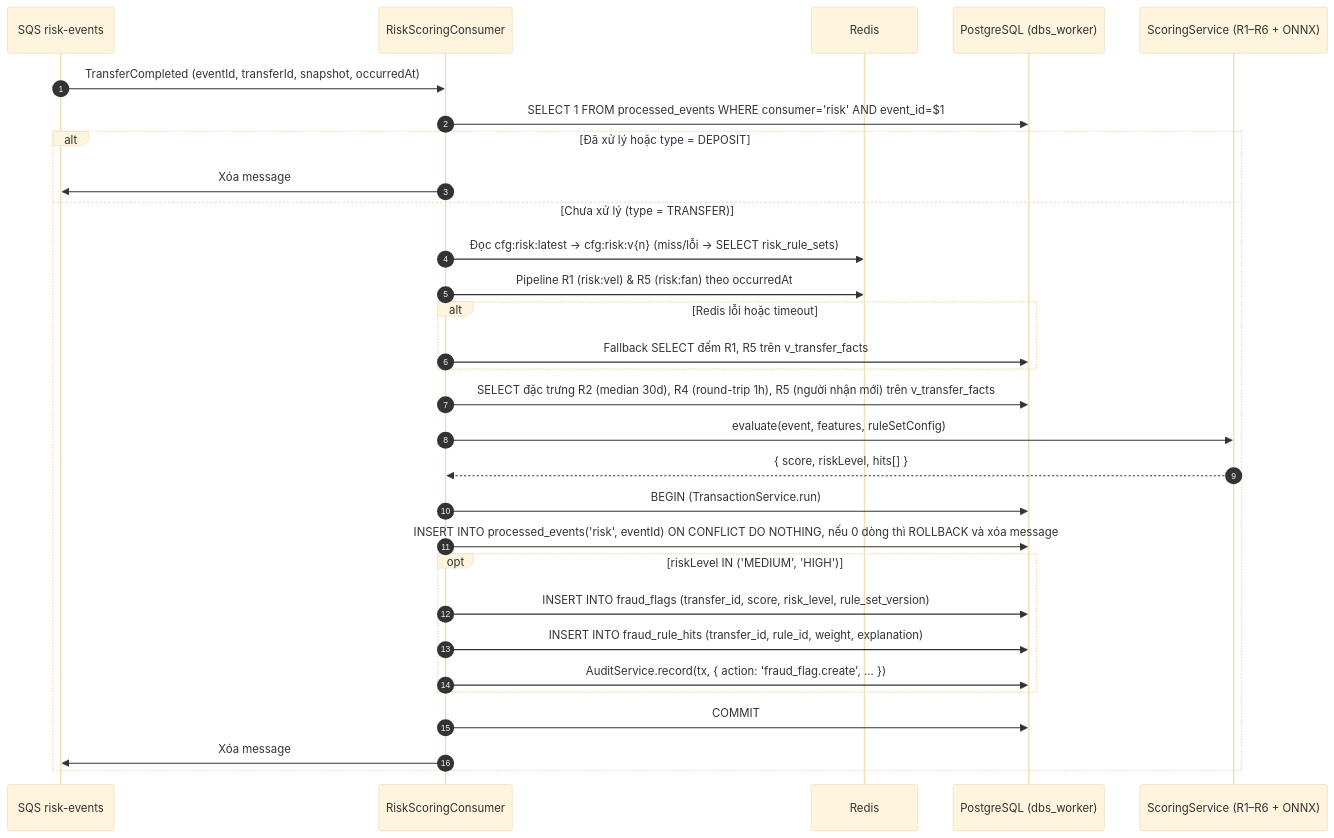
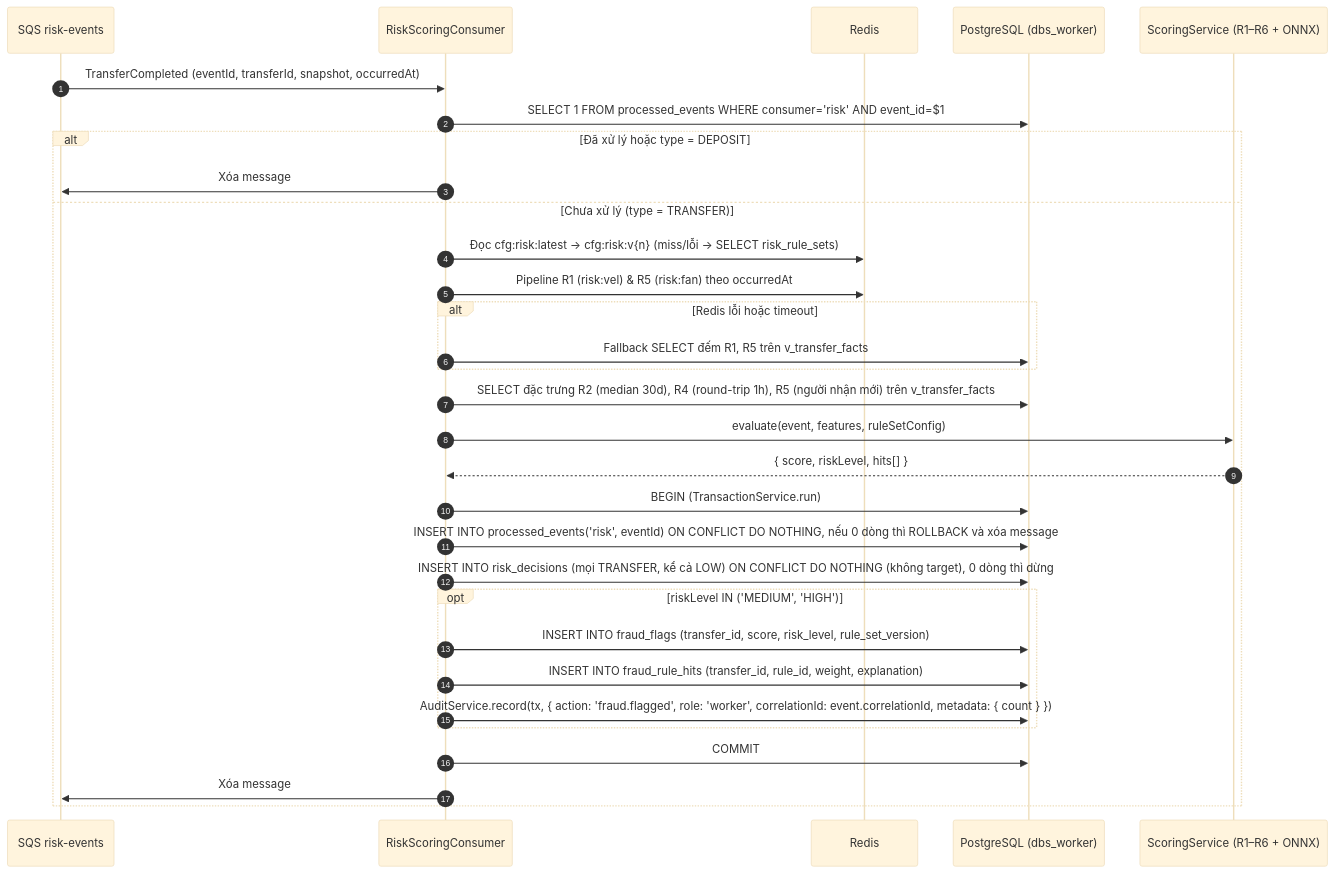
Before and after one commit to Lawliet119/digital-banking-simulator: the diagram in docs/components/risk/02-architecture.md, drawn with Mermaid (base theme). The commit also changed 12 other files, not shown here.

````diff
--- a/docs/components/risk/02-architecture.md
+++ b/docs/components/risk/02-architecture.md
@@ -96,33 +96,34 @@
 ```mermaid
 sequenceDiagram
     autonumber
     participant Q as SQS risk-events
     participant W as RiskScoringConsumer
     participant R as Redis
     participant DB as PostgreSQL (dbs_worker)
     participant S as ScoringService (R1–R6 + ONNX)
 
     Q->>W: TransferCompleted (eventId, transferId, snapshot, occurredAt)
     W->>DB: SELECT 1 FROM processed_events WHERE consumer='risk' AND event_id=$1
     alt Đã xử lý hoặc type = DEPOSIT
         W->>Q: Xóa message
     else Chưa xử lý (type = TRANSFER)
         W->>R: Đọc cfg:risk:latest -> cfg:risk:v{n} (miss/lỗi -> SELECT risk_rule_sets)
         W->>R: Pipeline R1 (risk:vel) & R5 (risk:fan) theo occurredAt
         alt Redis lỗi hoặc timeout
             W->>DB: Fallback SELECT đếm R1, R5 trên v_transfer_facts
         end
         W->>DB: SELECT đặc trưng R2 (median 30d), R4 (round-trip 1h), R5 (người nhận mới) trên v_transfer_facts
         W->>S: evaluate(event, features, ruleSetConfig)
         S-->>W: { score, riskLevel, hits[] }
         W->>DB: BEGIN (TransactionService.run)
         W->>DB: INSERT INTO processed_events('risk', eventId) ON CONFLICT DO NOTHING, nếu 0 dòng thì ROLLBACK và xóa message
+        W->>DB: INSERT INTO risk_decisions (mọi TRANSFER, kể cả LOW) ON CONFLICT DO NOTHING (không target), 0 dòng thì dừng
         opt riskLevel IN ('MEDIUM', 'HIGH')
             W->>DB: INSERT INTO fraud_flags (transfer_id, score, risk_level, rule_set_version)
             W->>DB: INSERT INTO fraud_rule_hits (transfer_id, rule_id, weight, explanation)
-            W->>DB: AuditService.record(tx, { action: 'fraud_flag.create', ... })
+            W->>DB: AuditService.record(tx, { action: 'fraud.flagged', role: 'worker', correlationId: event.correlationId, metadata: { count } })
         end
         W->>DB: COMMIT
         W->>Q: Xóa message
     end
 ```
````
